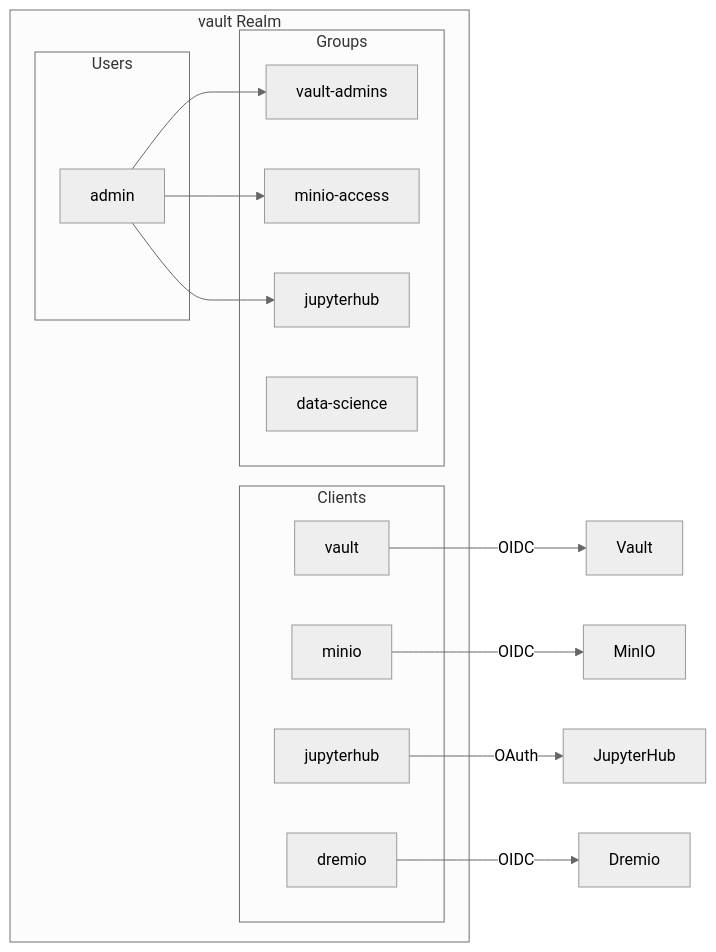
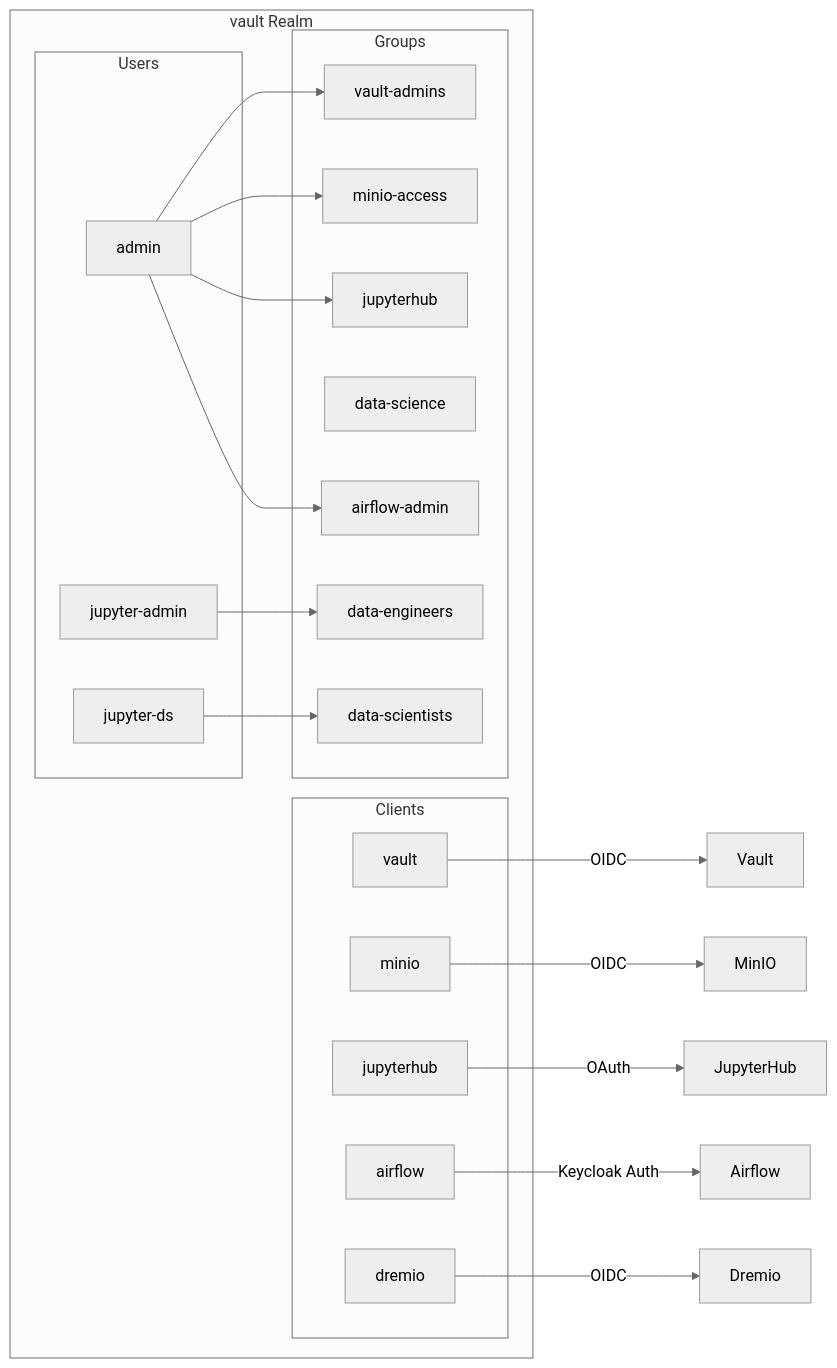
Before and after one commit to rammi-dev/dremio-platform1: the third of 9 diagrams in docs/ARCHITECTURE.md, drawn with Mermaid (neutral theme). The commit also changed other lines of this file and 10 other files, not shown here.

````diff
--- a/docs/ARCHITECTURE.md
+++ b/docs/ARCHITECTURE.md
@@ -113,31 +120,42 @@
 ```mermaid
 graph LR
     subgraph Realm["vault Realm"]
         subgraph Clients
             C1[vault]
             C2[minio]
             C3[jupyterhub]
-            C4[dremio]
+            C4[airflow]
+            C5[dremio]
         end
         
         subgraph Groups
             G1[vault-admins]
             G2[minio-access]
             G3[jupyterhub]
             G4[data-science]
+            G5[airflow-admin]
+            G6[data-engineers]
+            G7[data-scientists]
         end
         
         subgraph Users
             U1[admin]
+            U2[jupyter-admin]
+            U3[jupyter-ds]
         end
     end
     
     U1 --> G1
     U1 --> G2
     U1 --> G3
+    U1 --> G5
+    
+    U2 --> G6
+    U3 --> G7
     
     C1 -->|OIDC| Vault[Vault]
     C2 -->|OIDC| MinIO[MinIO]
     C3 -->|OAuth| JH[JupyterHub]
-    C4 -->|OIDC| Dremio[Dremio]
+    C4 -->|Keycloak Auth| AF[Airflow]
+    C5 -->|OIDC| Dremio[Dremio]
 ```
````
